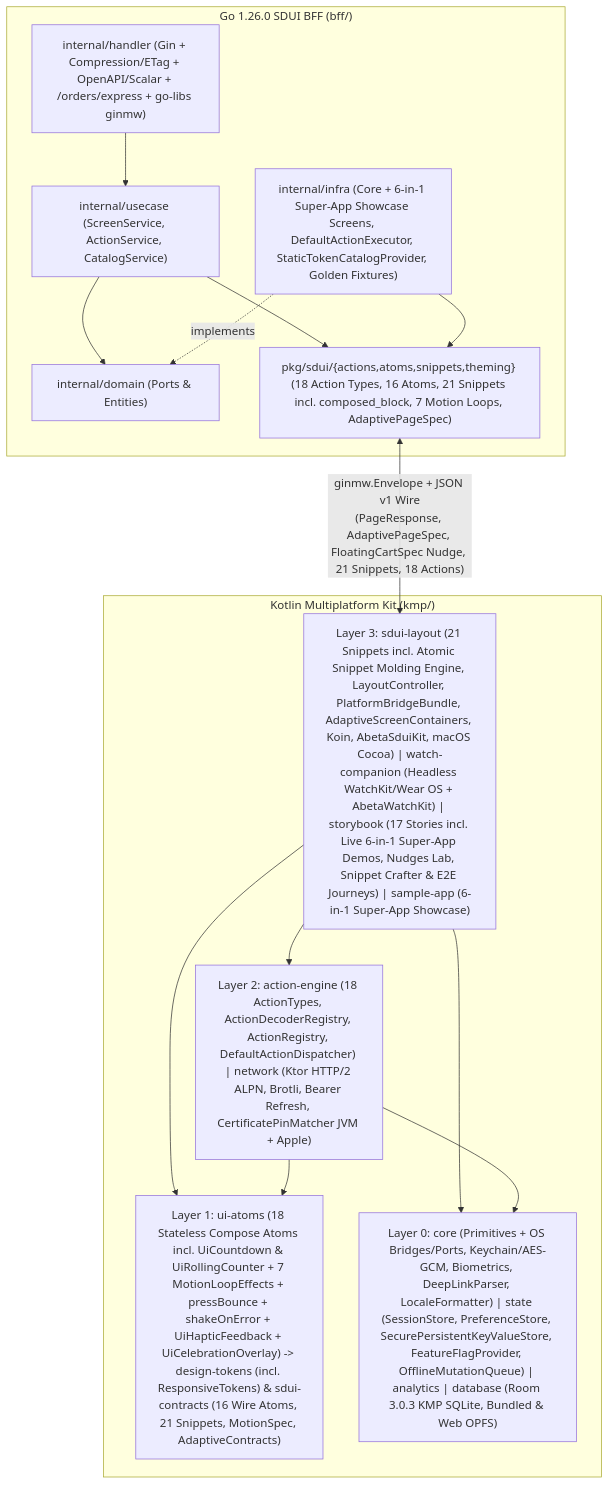
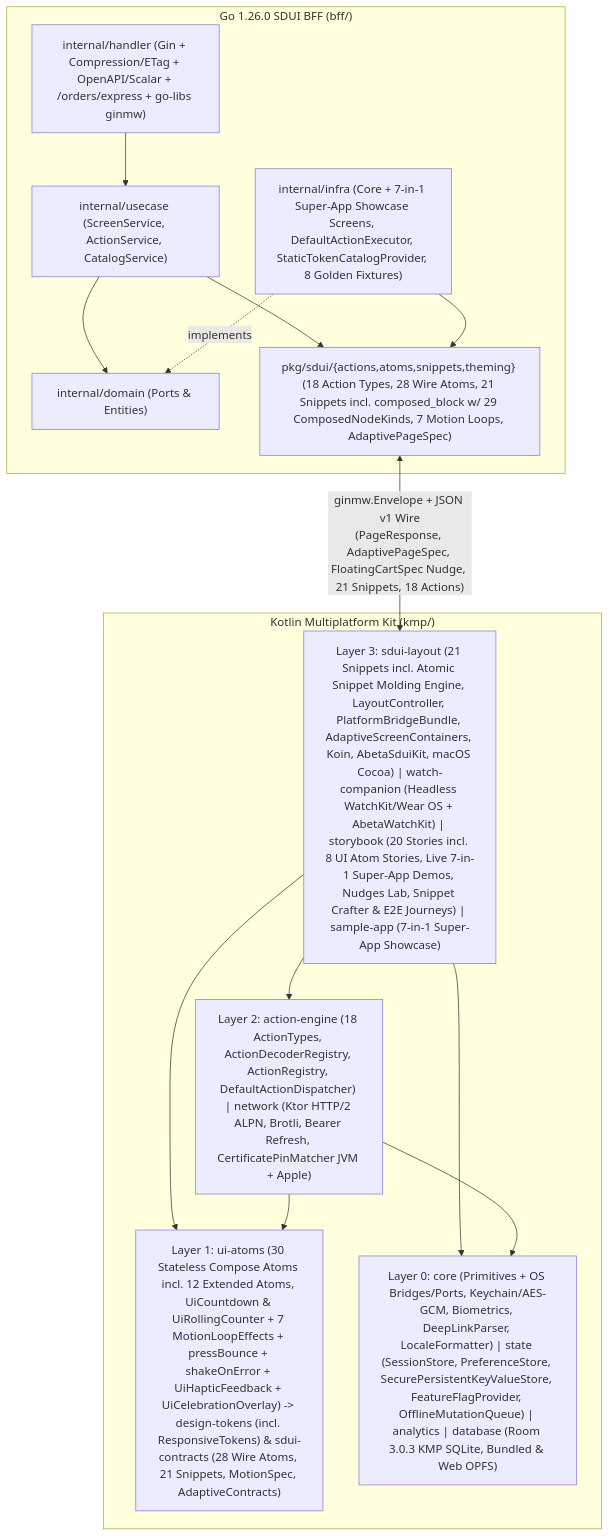
The diagram in README.md (Abeta-dev/kmp), drawn with Mermaid before and after one commit. The commit also changed other lines of this file and 47 other files, not shown here.

Commit message:
docs: align all guides, wiki, skills, owners, and llms*.txt to v0.3.0, bff@v0.5.0, 30 atoms, and 7-in-1 Super-App

````diff
--- a/README.md
+++ b/README.md
@@ -43,29 +43,29 @@
 ```mermaid
 flowchart TB
     subgraph BFF["Go 1.26.0 SDUI BFF (bff/)"]
         BFF_H["internal/handler (Gin + Compression/ETag + OpenAPI/Scalar + /orders/express + go-libs ginmw)"]
         BFF_U["internal/usecase (ScreenService, ActionService, CatalogService)"]
         BFF_D["internal/domain (Ports & Entities)"]
-        BFF_I["internal/infra (Core + 6-in-1 Super-App Showcase Screens, DefaultActionExecutor, StaticTokenCatalogProvider, Golden Fixtures)"]
-        BFF_P["pkg/sdui/{actions,atoms,snippets,theming} (18 Action Types, 16 Atoms, 21 Snippets incl. composed_block, 7 Motion Loops, AdaptivePageSpec)"]
+        BFF_I["internal/infra (Core + 7-in-1 Super-App Showcase Screens, DefaultActionExecutor, StaticTokenCatalogProvider, 8 Golden Fixtures)"]
+        BFF_P["pkg/sdui/{actions,atoms,snippets,theming} (18 Action Types, 28 Wire Atoms, 21 Snippets incl. composed_block w/ 29 ComposedNodeKinds, 7 Motion Loops, AdaptivePageSpec)"]
         BFF_H --> BFF_U --> BFF_D
         BFF_I -. "implements" .-> BFF_D
         BFF_U --> BFF_P
         BFF_I --> BFF_P
     end
 
     subgraph KMP["Kotlin Multiplatform Kit (kmp/)"]
-        L3["Layer 3: sdui-layout (21 Snippets incl. Atomic Snippet Molding Engine, LayoutController, PlatformBridgeBundle, AdaptiveScreenContainers, Koin, AbetaSduiKit, macOS Cocoa) | watch-companion (Headless WatchKit/Wear OS + AbetaWatchKit) | storybook (17 Stories incl. Live 6-in-1 Super-App Demos, Nudges Lab, Snippet Crafter & E2E Journeys) | sample-app (6-in-1 Super-App Showcase)"]
+        L3["Layer 3: sdui-layout (21 Snippets incl. Atomic Snippet Molding Engine, LayoutController, PlatformBridgeBundle, AdaptiveScreenContainers, Koin, AbetaSduiKit, macOS Cocoa) | watch-companion (Headless WatchKit/Wear OS + AbetaWatchKit) | storybook (20 Stories incl. 8 UI Atom Stories, Live 7-in-1 Super-App Demos, Nudges Lab, Snippet Crafter & E2E Journeys) | sample-app (7-in-1 Super-App Showcase)"]
         L2["Layer 2: action-engine (18 ActionTypes, ActionDecoderRegistry, ActionRegistry, DefaultActionDispatcher) | network (Ktor HTTP/2 ALPN, Brotli, Bearer Refresh, CertificatePinMatcher JVM + Apple)"]
-        L1["Layer 1: ui-atoms (18 Stateless Compose Atoms incl. UiCountdown & UiRollingCounter + 7 MotionLoopEffects + pressBounce + shakeOnError + UiHapticFeedback + UiCelebrationOverlay) -> design-tokens (incl. ResponsiveTokens) & sdui-contracts (16 Wire Atoms, 21 Snippets, MotionSpec, AdaptiveContracts)"]
+        L1["Layer 1: ui-atoms (30 Stateless Compose Atoms incl. 12 Extended Atoms, UiCountdown & UiRollingCounter + 7 MotionLoopEffects + pressBounce + shakeOnError + UiHapticFeedback + UiCelebrationOverlay) -> design-tokens (incl. ResponsiveTokens) & sdui-contracts (28 Wire Atoms, 21 Snippets, MotionSpec, AdaptiveContracts)"]
         L0["Layer 0: core (Primitives + OS Bridges/Ports, Keychain/AES-GCM, Biometrics, DeepLinkParser, LocaleFormatter) | state (SessionStore, PreferenceStore, SecurePersistentKeyValueStore, FeatureFlagProvider, OfflineMutationQueue) | analytics | database (Room 3.0.3 KMP SQLite, Bundled & Web OPFS)"]
 
         L3 --> L2
         L3 --> L1
         L3 --> L0
         L2 --> L0
         L2 --> L1
     end
 
     BFF_P <-- "ginmw.Envelope + JSON v1 Wire\n(PageResponse, AdaptivePageSpec, FloatingCartSpec Nudge, 21 Snippets, 18 Actions)" --> L3
 ```
````
